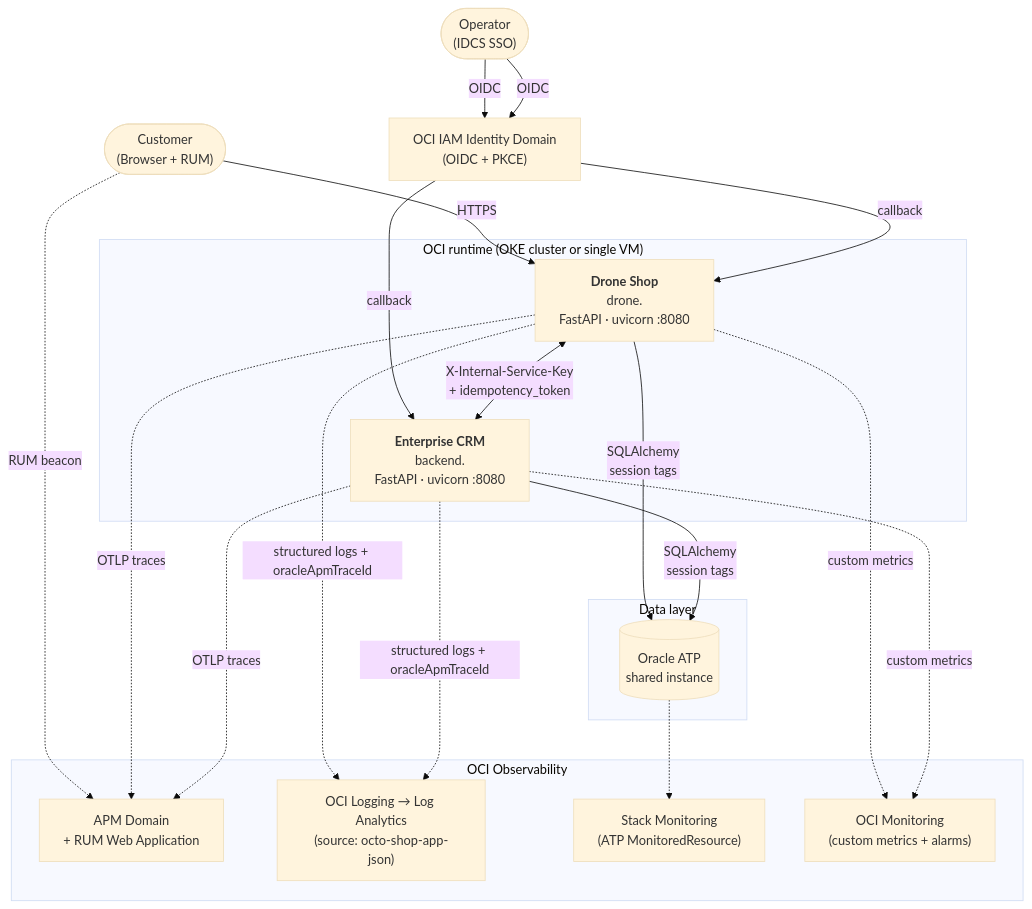
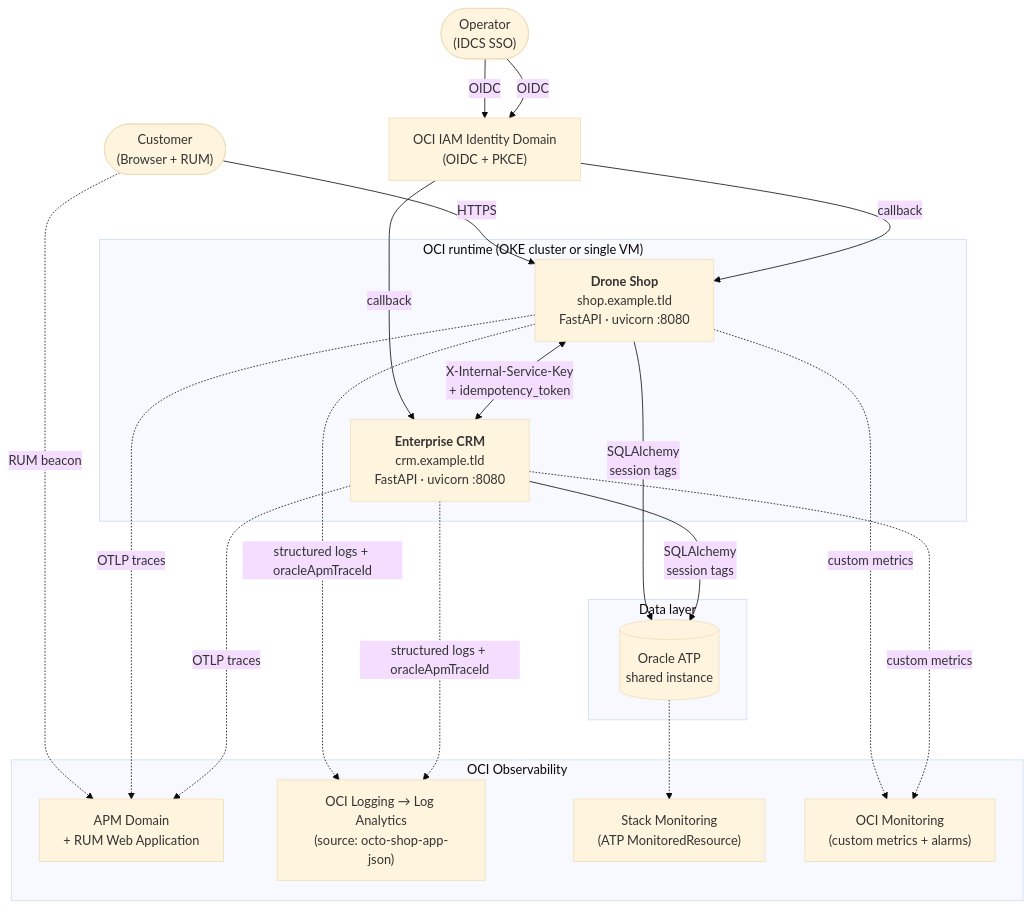
Before and after one commit to adibirzu/octo-observability-demo: the diagram in ARCHITECTURE.md, drawn with Mermaid (base theme). The commit also changed 16 other files, not shown here.

First line of the commit message:
docs(security): scrub real FQDNs — <DNS_DOMAIN> → example.tld

````diff
--- a/ARCHITECTURE.md
+++ b/ARCHITECTURE.md
@@ -33,40 +33,40 @@
 ```mermaid
 flowchart TD
     Customer(["Customer<br>(Browser + RUM)"])
     Operator(["Operator<br>(IDCS SSO)"])
     IDCS["OCI IAM Identity Domain<br>(OIDC + PKCE)"]
 
     subgraph Runtime ["OCI runtime (OKE cluster or single VM)"]
-        Shop["<b>Drone Shop</b><br>drone.<DNS_DOMAIN><br>FastAPI · uvicorn :8080"]
-        CRM["<b>Enterprise CRM</b><br>backend.<DNS_DOMAIN><br>FastAPI · uvicorn :8080"]
+        Shop["<b>Drone Shop</b><br>shop.example.tld<br>FastAPI · uvicorn :8080"]
+        CRM["<b>Enterprise CRM</b><br>crm.example.tld<br>FastAPI · uvicorn :8080"]
     end
 
     subgraph Obs ["OCI Observability"]
         APM["APM Domain<br>+ RUM Web Application"]
         Logging["OCI Logging → Log Analytics<br>(source: octo-shop-app-json)"]
         SM["Stack Monitoring<br>(ATP MonitoredResource)"]
         MON["OCI Monitoring<br>(custom metrics + alarms)"]
     end
 
     subgraph Data ["Data layer"]
         ATP[("Oracle ATP<br>shared instance")]
     end
 
     Customer -->|HTTPS| Shop
     Customer -.->|RUM beacon| APM
     Operator -->|OIDC| IDCS -->|callback| Shop
     Operator -->|OIDC| IDCS -->|callback| CRM
 
     Shop <-->|"X-Internal-Service-Key<br>+ idempotency_token"| CRM
 
     Shop -->|SQLAlchemy<br>session tags| ATP
     CRM  -->|SQLAlchemy<br>session tags| ATP
     ATP -.-> SM
 
     Shop -.->|OTLP traces| APM
     CRM  -.->|OTLP traces| APM
     Shop -.->|structured logs + oracleApmTraceId| Logging
     CRM  -.->|structured logs + oracleApmTraceId| Logging
     Shop -.->|custom metrics| MON
     CRM  -.->|custom metrics| MON
 ```
````
